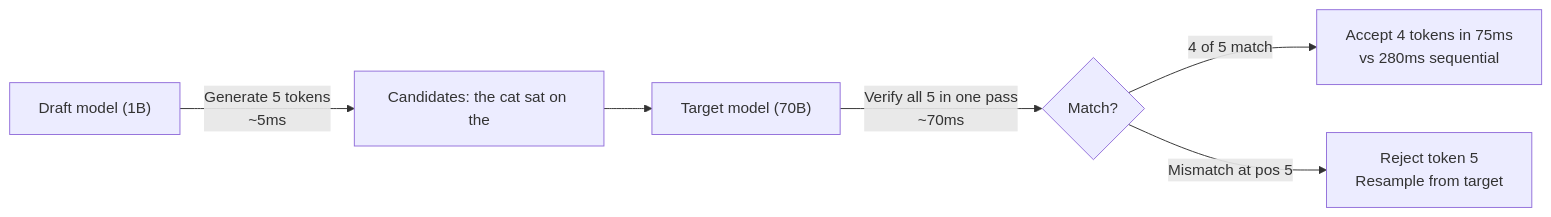
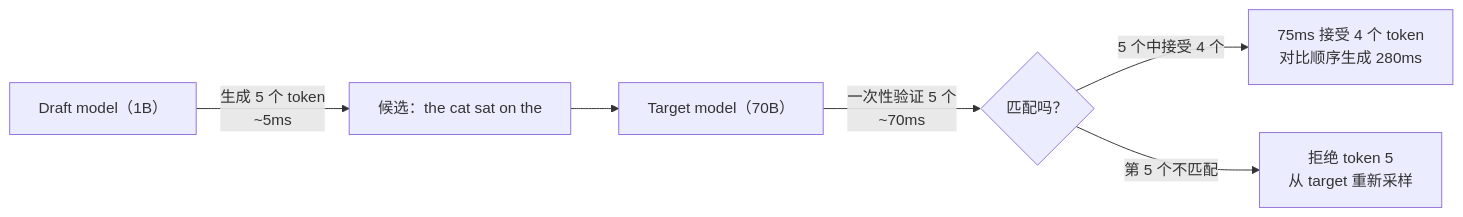
The fifth of 5 diagrams in phases/10-llms-from-scratch/12-inference-optimization/docs/zh-CN.md (husky1102/ai-engineering-from-scratch-zh), drawn with Mermaid before and after one commit. The commit also changed other lines of this file and 1 other file, not shown here.

````diff
--- a/phases/10-llms-from-scratch/12-inference-optimization/docs/zh-CN.md
+++ b/phases/10-llms-from-scratch/12-inference-optimization/docs/zh-CN.md
@@ -163,8 +163,8 @@
 ```mermaid
 graph LR
-    D["Draft model (1B)"] -->|"Generate 5 tokens<br/>~5ms"| C["Candidates: the cat sat on the"]
-    C --> T["Target model (70B)"]
-    T -->|"Verify all 5 in one pass<br/>~70ms"| V{"Match?"}
-    V -->|"4 of 5 match"| A["Accept 4 tokens in 75ms<br/>vs 280ms sequential"]
-    V -->|"Mismatch at pos 5"| R["Reject token 5<br/>Resample from target"]
+    D["Draft model（1B）"] -->|"生成 5 个 token<br/>~5ms"| C["候选：the cat sat on the"]
+    C --> T["Target model（70B）"]
+    T -->|"一次性验证 5 个<br/>~70ms"| V{"匹配吗？"}
+    V -->|"5 个中接受 4 个"| A["75ms 接受 4 个 token<br/>对比顺序生成 280ms"]
+    V -->|"第 5 个不匹配"| R["拒绝 token 5<br/>从 target 重新采样"]
 ```
````
